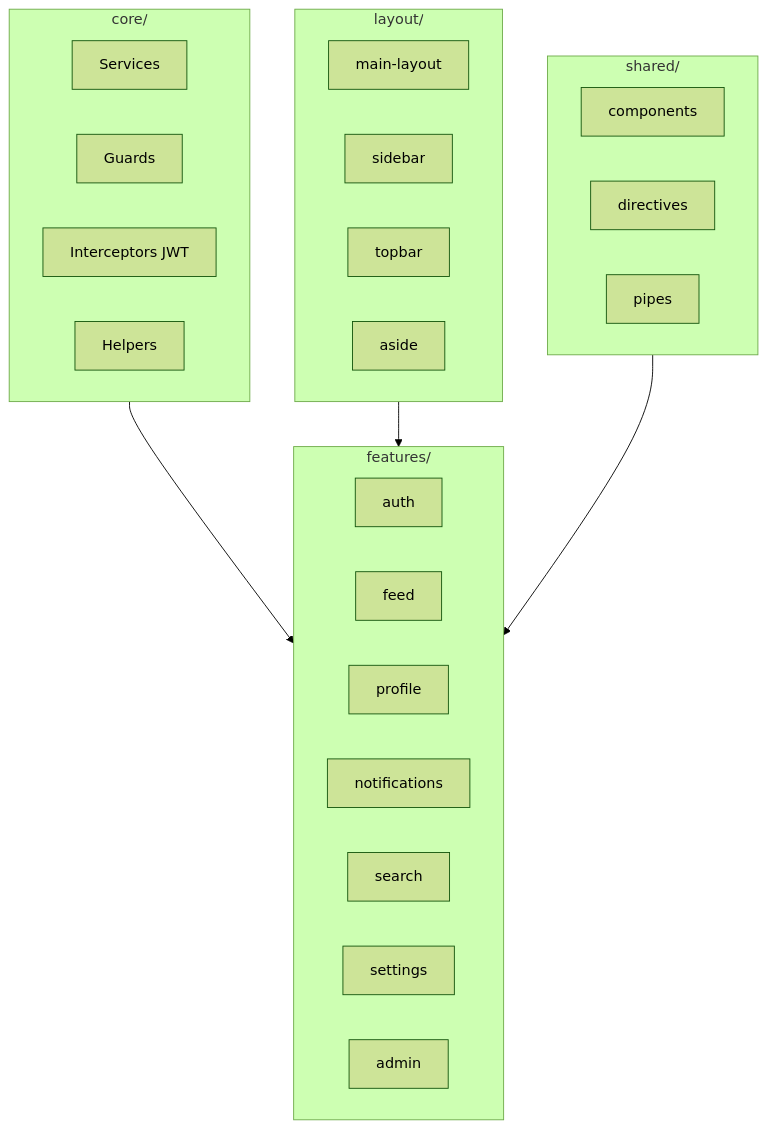
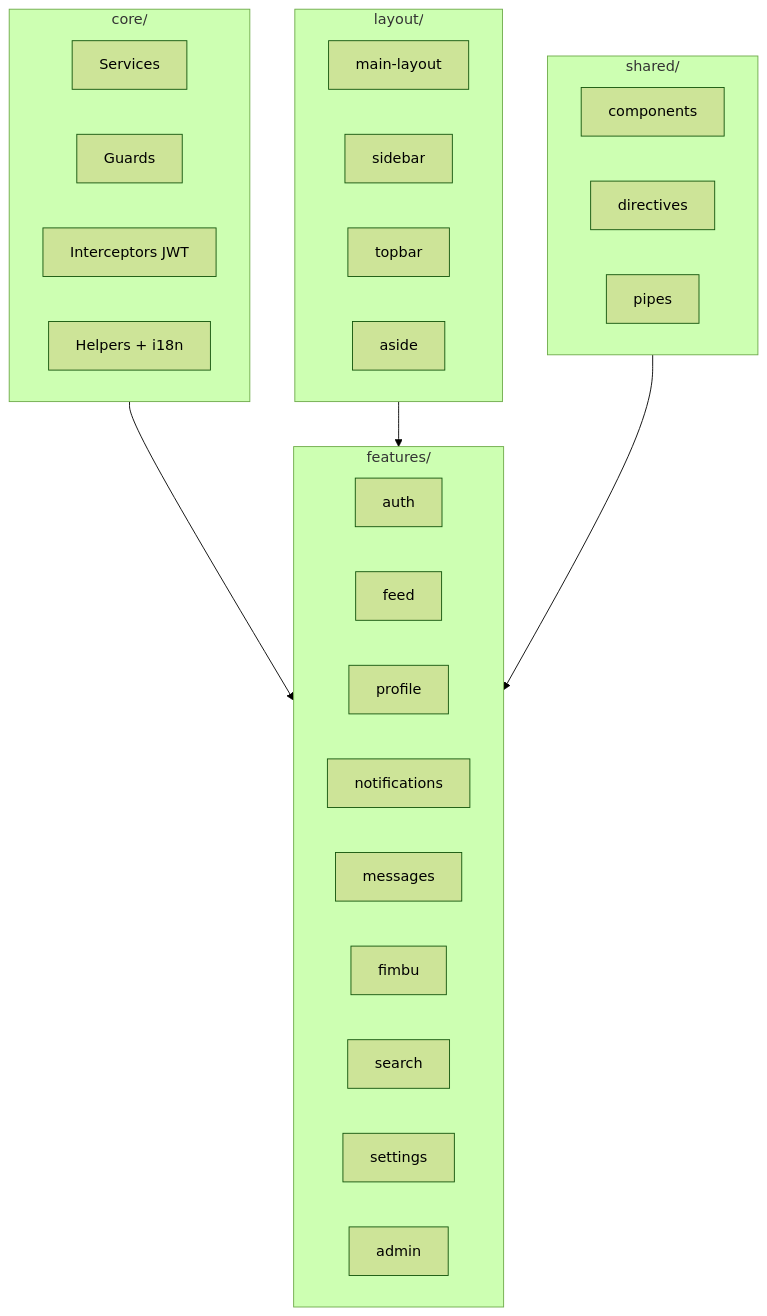
One commit to KazenWilver/nzolanet changed the fourth of 13 diagrams in README.md. Above: the diagram before and after it, drawn with Mermaid (forest theme). The commit also changed other lines of this file, not shown here.

````diff
--- a/README.md
+++ b/README.md
@@ -191,36 +262,38 @@
 ```mermaid
 flowchart TB
     subgraph Core["core/"]
         SVC[Services]
         GUA[Guards]
         INT[Interceptors JWT]
-        HEL[Helpers]
+        HEL[Helpers + i18n]
     end
 
     subgraph Features["features/"]
         AUTH[auth]
         FEED[feed]
         PROF[profile]
         NOTIF[notifications]
+        MSG[messages]
+        FIMB[fimbu]
         SRCH[search]
         SET[settings]
         ADM[admin]
     end
 
     subgraph Layout["layout/"]
         MAIN[main-layout]
         SIDE[sidebar]
         TOP[topbar]
         ASIDE[aside]
     end
 
     subgraph Shared["shared/"]
         COMP[components]
         DIR[directives]
         PIPE[pipes]
     end
 
     Core --> Features
     Layout --> Features
     Shared --> Features
 ```
````
